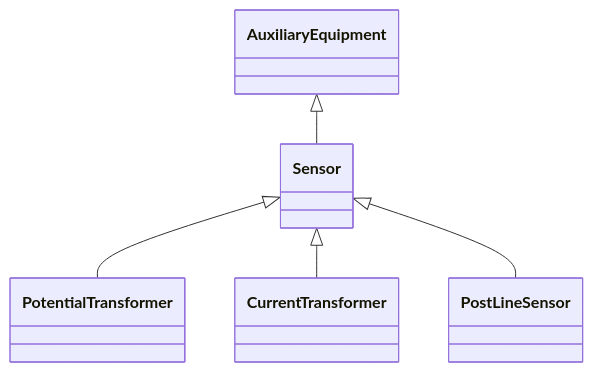
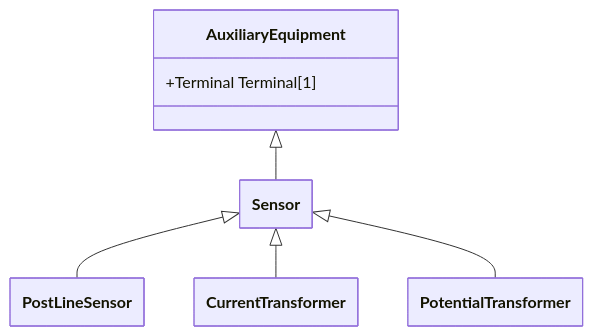
Before and after one commit to cim-cgmes/cim-cgmes.github.io: the diagram in pages/docs/Classes/Sensor.md, drawn with Mermaid. The commit also changed 561 other files, not shown here.

````diff
--- a/pages/docs/Classes/Sensor.md
+++ b/pages/docs/Classes/Sensor.md
@@ -7,7 +7,17 @@
 ```mermaid
+---
+  config:
+    class:
+      hideEmptyMembersBox: true
+---
 classDiagram
     AuxiliaryEquipment <|-- Sensor
+    AuxiliaryEquipment : +Terminal Terminal[1]
+    click AuxiliaryEquipment href "AuxiliaryEquipment"
+    Sensor <|-- PostLineSensor
+    click PostLineSensor href "PostLineSensor"
+    Sensor <|-- CurrentTransformer
+    click CurrentTransformer href "CurrentTransformer"
     Sensor <|-- PotentialTransformer
-    Sensor <|-- CurrentTransformer
-    Sensor <|-- PostLineSensor
+    click PotentialTransformer href "PotentialTransformer"
 ```
````
